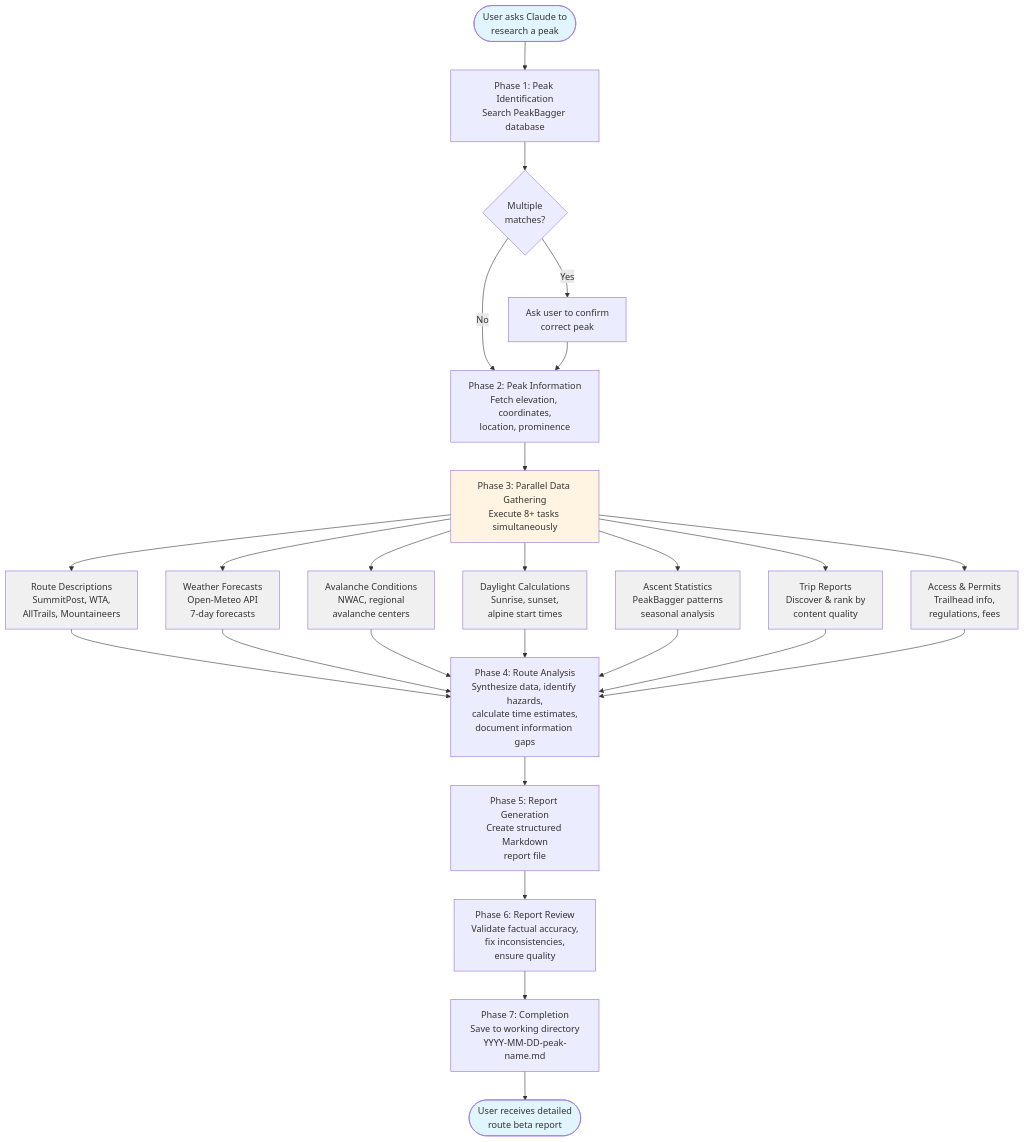
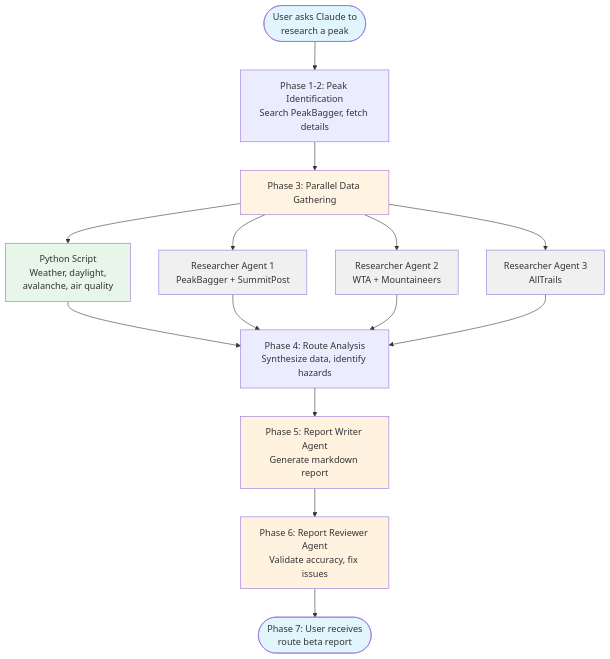
The diagram in README.md (dreamiurg/claude-mountaineering-skills), drawn with Mermaid before and after one commit. The commit also changed other lines of this file, not shown here.

Commit message:
docs: update README to reflect parallel agent architecture (#53)
- Simplify mermaid diagram to show hybrid architecture:
  - Python script for conditions (weather, daylight, avalanche)
  - 3 parallel researcher agents for web sources
  - Dedicated Report Writer and Reviewer agents
- Update description to mention hybrid Python + LLM approach
- Fix data sources: Open-Meteo (not Mountain-Forecast), accurate trip report sources

````diff
--- a/README.md
+++ b/README.md
@@ -61,47 +61,34 @@
 ```mermaid
 graph TB
-    Start([User asks Claude to<br/>research a peak]) --> Search[Phase 1: Peak Identification<br/>Search PeakBagger database]
-    Search --> Match{Multiple<br/>matches?}
-    Match -->|Yes| Confirm[Ask user to confirm<br/>correct peak]
-    Match -->|No| Info
-    Confirm --> Info[Phase 2: Peak Information<br/>Fetch elevation, coordinates,<br/>location, prominence]
+    Start([User asks Claude to<br/>research a peak]) --> Search[Phase 1-2: Peak Identification<br/>Search PeakBagger, fetch details]
 
-    Info --> Parallel[Phase 3: Parallel Data Gathering<br/>Execute 8+ tasks simultaneously]
+    Search --> Parallel[Phase 3: Parallel Data Gathering]
 
-    Parallel --> Routes[Route Descriptions<br/>SummitPost, WTA,<br/>AllTrails, Mountaineers]
-    Parallel --> Weather[Weather Forecasts<br/>Open-Meteo API<br/>7-day forecasts]
-    Parallel --> Avy[Avalanche Conditions<br/>NWAC, regional<br/>avalanche centers]
-    Parallel --> Day[Daylight Calculations<br/>Sunrise, sunset,<br/>alpine start times]
-    Parallel --> Stats[Ascent Statistics<br/>PeakBagger patterns<br/>seasonal analysis]
-    Parallel --> Reports[Trip Reports<br/>Discover & rank by<br/>content quality]
-    Parallel --> Access[Access & Permits<br/>Trailhead info,<br/>regulations, fees]
+    Parallel --> Python[Python Script<br/>Weather, daylight,<br/>avalanche, air quality]
+    Parallel --> Agent1[Researcher Agent 1<br/>PeakBagger + SummitPost]
+    Parallel --> Agent2[Researcher Agent 2<br/>WTA + Mountaineers]
+    Parallel --> Agent3[Researcher Agent 3<br/>AllTrails]
 
-    Routes --> Analyze
-    Weather --> Analyze
-    Avy --> Analyze
-    Day --> Analyze
-    Stats --> Analyze
-    Reports --> Analyze
-    Access --> Analyze
+    Python --> Analyze
+    Agent1 --> Analyze
+    Agent2 --> Analyze
+    Agent3 --> Analyze
 
-    Analyze[Phase 4: Route Analysis<br/>Synthesize data, identify hazards,<br/>calculate time estimates,<br/>document information gaps]
+    Analyze[Phase 4: Route Analysis<br/>Synthesize data, identify hazards]
 
-    Analyze --> Generate[Phase 5: Report Generation<br/>Create structured Markdown<br/>report file]
+    Analyze --> Writer[Phase 5: Report Writer Agent<br/>Generate markdown report]
 
-    Generate --> Review[Phase 6: Report Review<br/>Validate factual accuracy,<br/>fix inconsistencies,<br/>ensure quality]
+    Writer --> Reviewer[Phase 6: Report Reviewer Agent<br/>Validate accuracy, fix issues]
 
-    Review --> Save[Phase 7: Completion<br/>Save to working directory<br/>YYYY-MM-DD-peak-name.md]
-
-    Save --> End([User receives detailed<br/>route beta report])
+    Reviewer --> End([Phase 7: User receives<br/>route beta report])
 
     style Start fill:#e1f5ff
     style End fill:#e1f5ff
     style Parallel fill:#fff4e1
-    style Routes fill:#f0f0f0
-    style Weather fill:#f0f0f0
-    style Avy fill:#f0f0f0
-    style Day fill:#f0f0f0
-    style Stats fill:#f0f0f0
-    style Reports fill:#f0f0f0
-    style Access fill:#f0f0f0
+    style Python fill:#e8f5e9
+    style Agent1 fill:#f0f0f0
+    style Agent2 fill:#f0f0f0
+    style Agent3 fill:#f0f0f0
+    style Writer fill:#fff3e0
+    style Reviewer fill:#fff3e0
 ```
````
